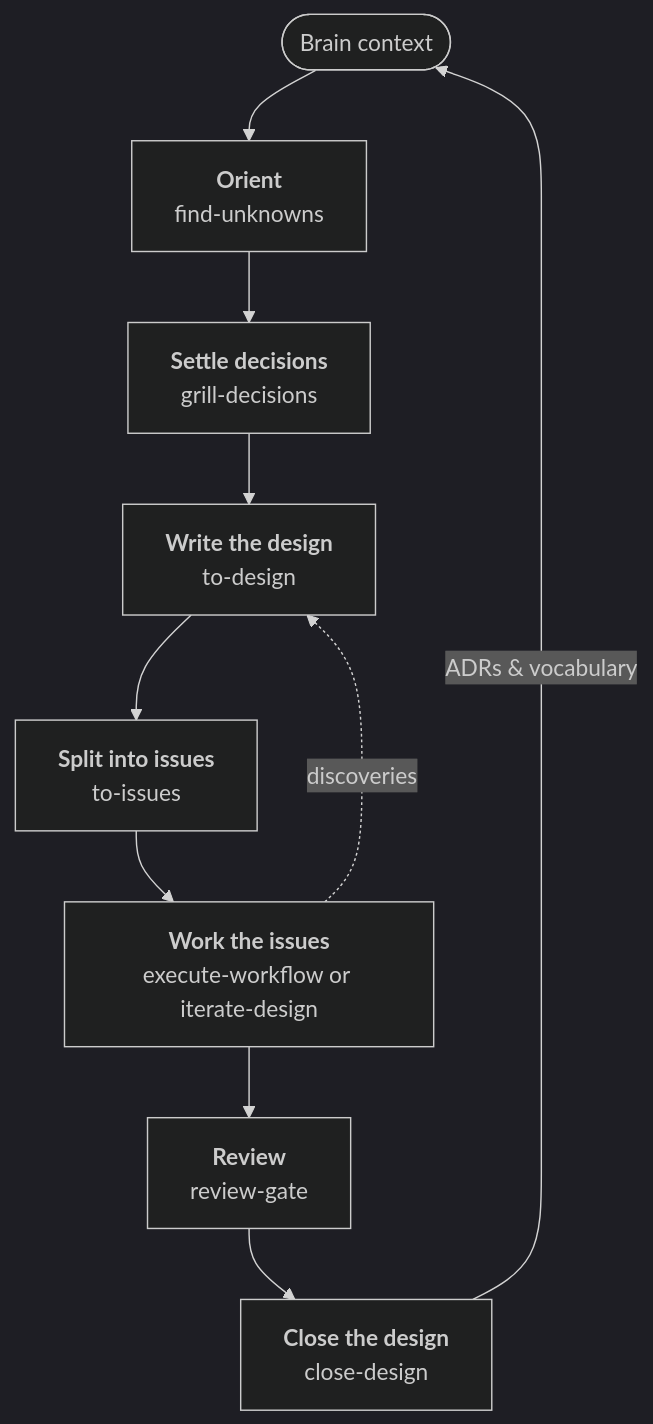
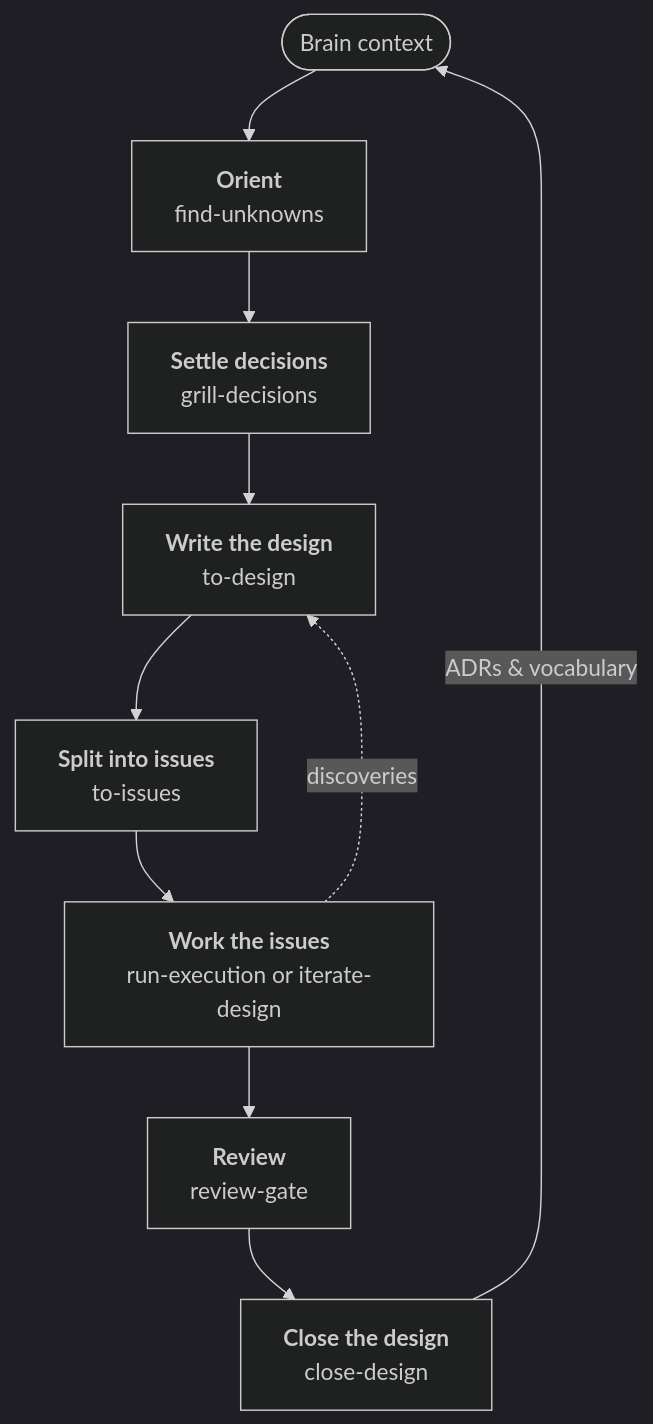
One commit to arminzou/dotbrain changed the first of 2 diagrams in docs/workflow.md. Above: the diagram before and after it, drawn with Mermaid (dark theme). The commit also changed other lines of this file and 13 other files, not shown here.

Commit message:
feat(skills): distinguish workflows and rename run-execution

````diff
--- a/docs/workflow.md
+++ b/docs/workflow.md
@@ -12,20 +12,20 @@
 ```mermaid
 flowchart TD
   accTitle: The workflow loop from Brain context to closed design
   ctx(["Brain context"]) --> orient["`**Orient**
   find-unknowns`"]
   orient --> grill["`**Settle decisions**
   grill-decisions`"]
   grill --> design["`**Write the design**
   to-design`"]
   design --> issues["`**Split into issues**
   to-issues`"]
   issues --> work["`**Work the issues**
-  execute-workflow or iterate-design`"]
+  run-execution or iterate-design`"]
   work --> review["`**Review**
   review-gate`"]
   review --> close["`**Close the design**
   close-design`"]
   work -. discoveries .-> design
   close -- "ADRs & vocabulary" --> ctx
 ```
````
